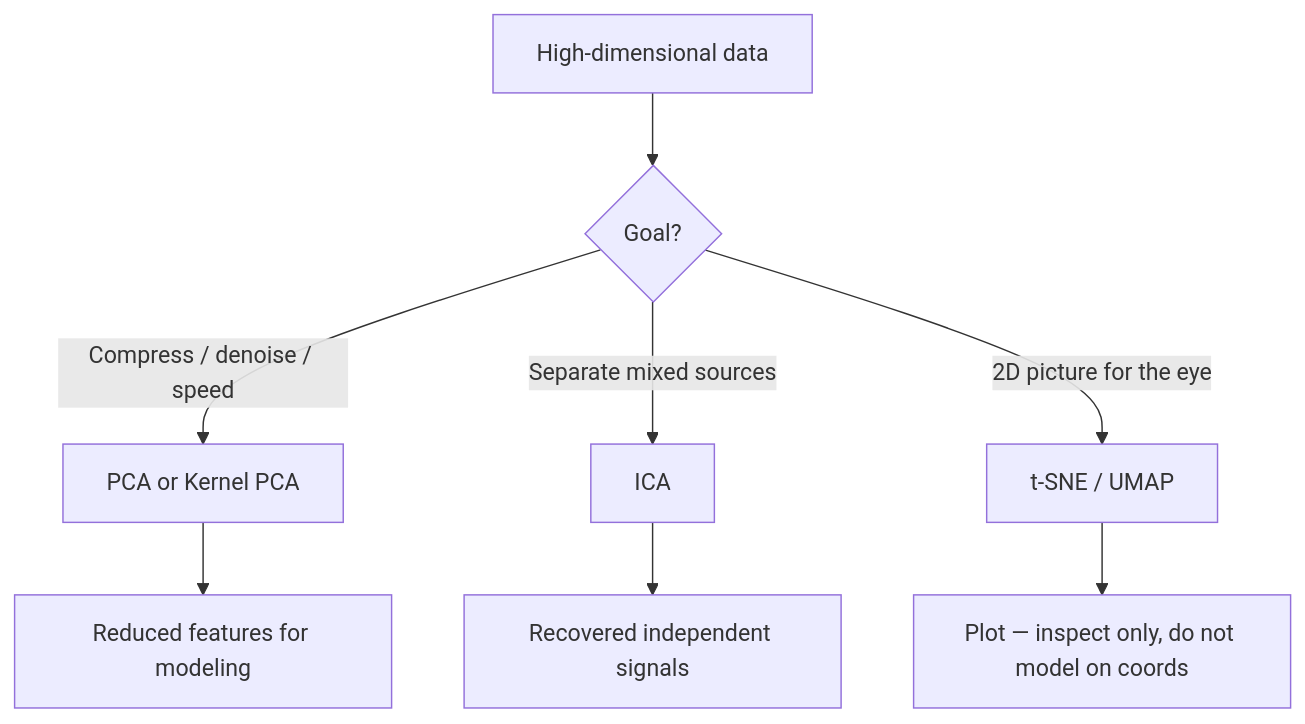
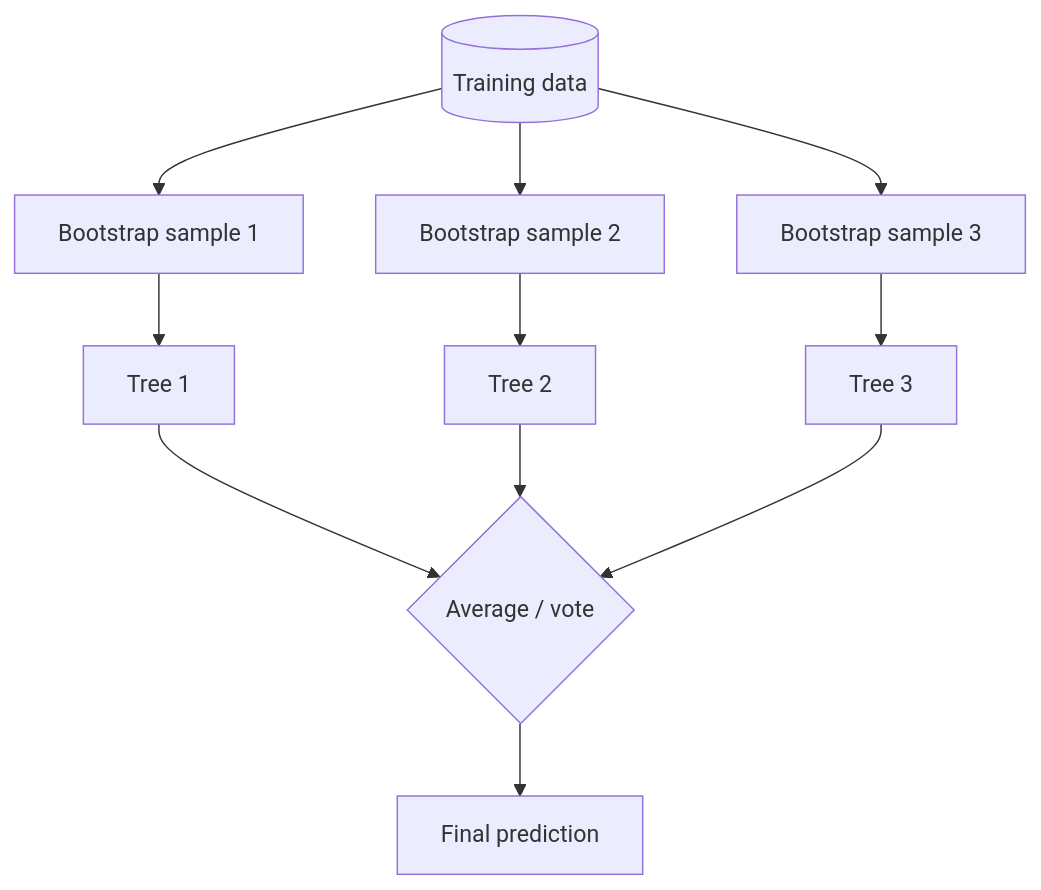
Before and after one commit to kader-xai/kader-xai.github.io: the second of 6 diagrams in ai-ml-encyclopedia/ch10.qmd, drawn with Mermaid. The commit also changed other lines of this file and 47 other files, not shown here.

````diff
--- a/ai-ml-encyclopedia/ch10.qmd
+++ b/ai-ml-encyclopedia/ch10.qmd
@@ -214,10 +175,10 @@
 ```{mermaid}
 flowchart TD
-  A[High-dimensional data] --> B{Goal?}
-  B -->|Compress / denoise / speed| C[PCA or Kernel PCA]
-  B -->|Separate mixed sources| D[ICA]
-  B -->|2D picture for the eye| E[t-SNE / UMAP]
-  C --> F[Reduced features for modeling]
-  D --> G[Recovered independent signals]
-  E --> H[Plot — inspect only, do not model on coords]
+    D[(Training data)] --> B1[Bootstrap sample 1] --> T1[Tree 1]
+    D --> B2[Bootstrap sample 2] --> T2[Tree 2]
+    D --> B3[Bootstrap sample 3] --> T3[Tree 3]
+    T1 --> A{Average / vote}
+    T2 --> A
+    T3 --> A
+    A --> P[Final prediction]
 ```
````
